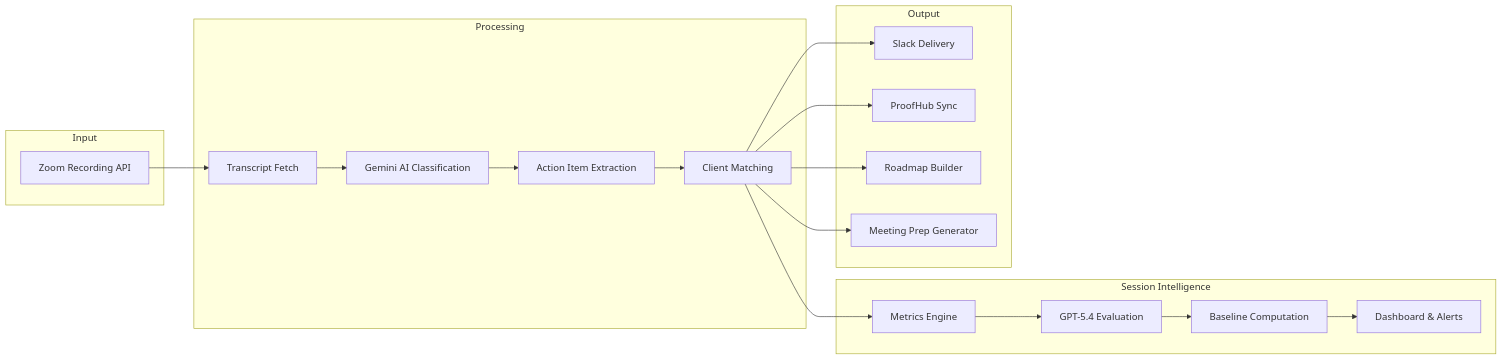
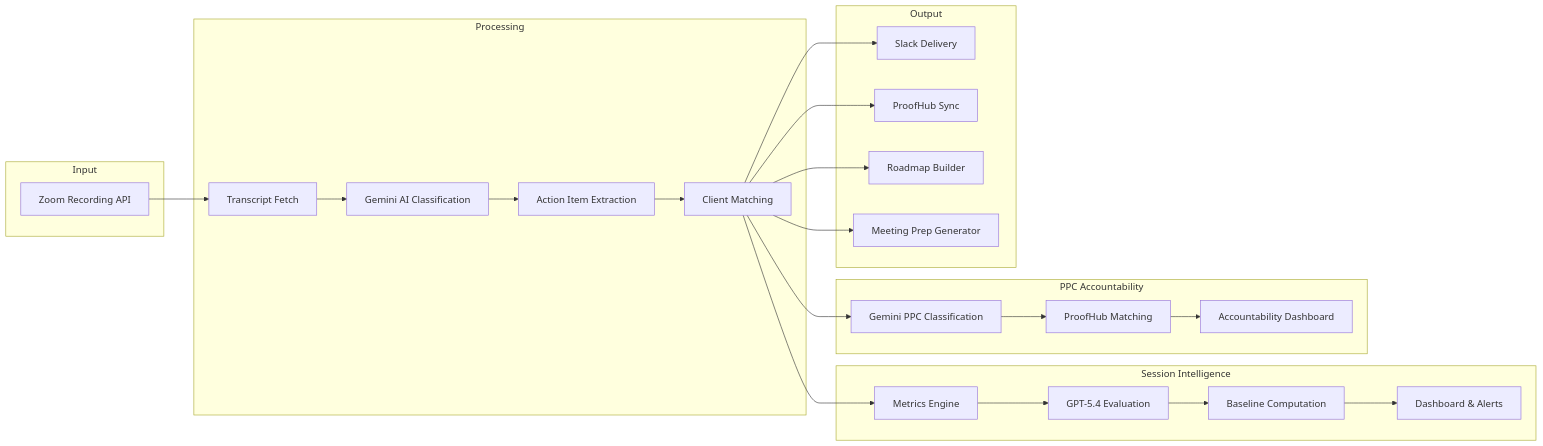
The diagram in README.md (porrasbrand/zoom-action-items), drawn with Mermaid before and after one commit. The commit also changed other lines of this file and 2 other files, not shown here.

````diff
--- a/README.md
+++ b/README.md
@@ -24,27 +24,33 @@
 ```mermaid
 flowchart LR
     subgraph Input
         A[Zoom Recording API]
     end
 
     subgraph Processing
         A --> B[Transcript Fetch]
         B --> C[Gemini AI Classification]
         C --> D[Action Item Extraction]
         D --> E[Client Matching]
     end
 
     subgraph SessionIntelligence[Session Intelligence]
         E --> J[Metrics Engine]
         J --> K[GPT-5.4 Evaluation]
         K --> L[Baseline Computation]
         L --> M[Dashboard & Alerts]
     end
 
+    subgraph PPCTracker[PPC Accountability]
+        E --> N[Gemini PPC Classification]
+        N --> O[ProofHub Matching]
+        O --> P[Accountability Dashboard]
+    end
+
     subgraph Output
         E --> F[Slack Delivery]
         E --> G[ProofHub Sync]
         E --> H[Roadmap Builder]
         E --> I[Meeting Prep Generator]
     end
 ```
````
